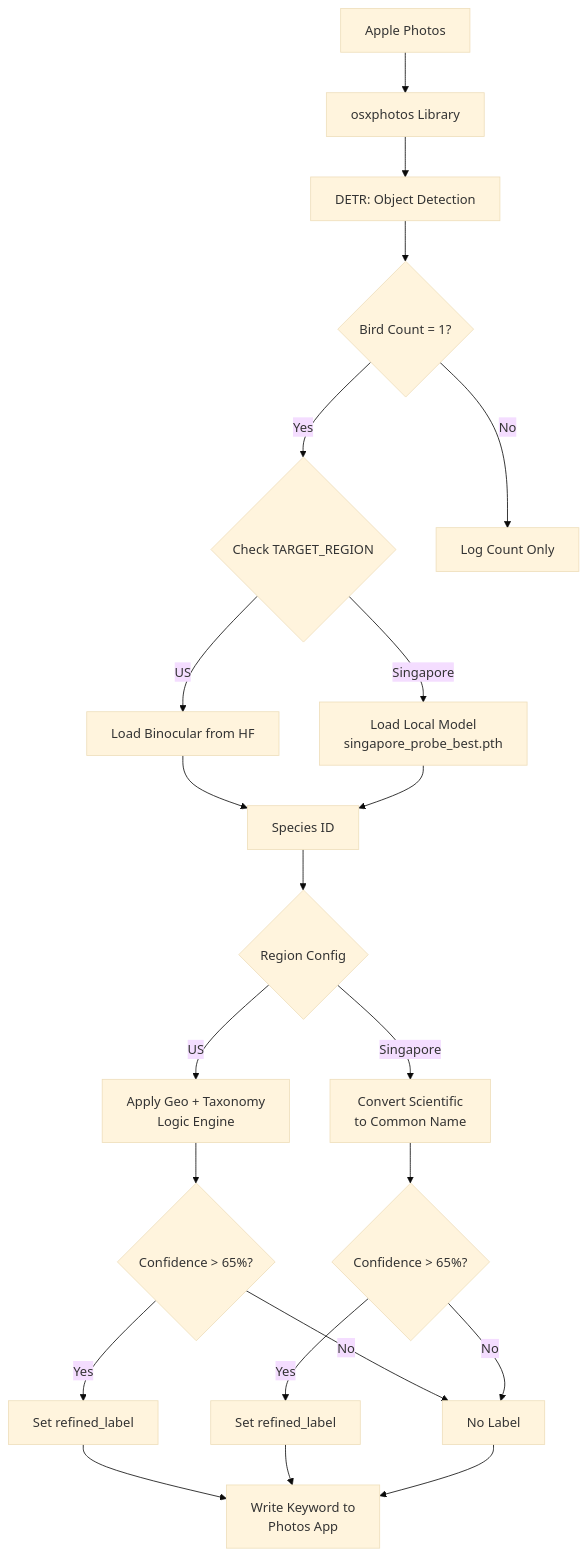
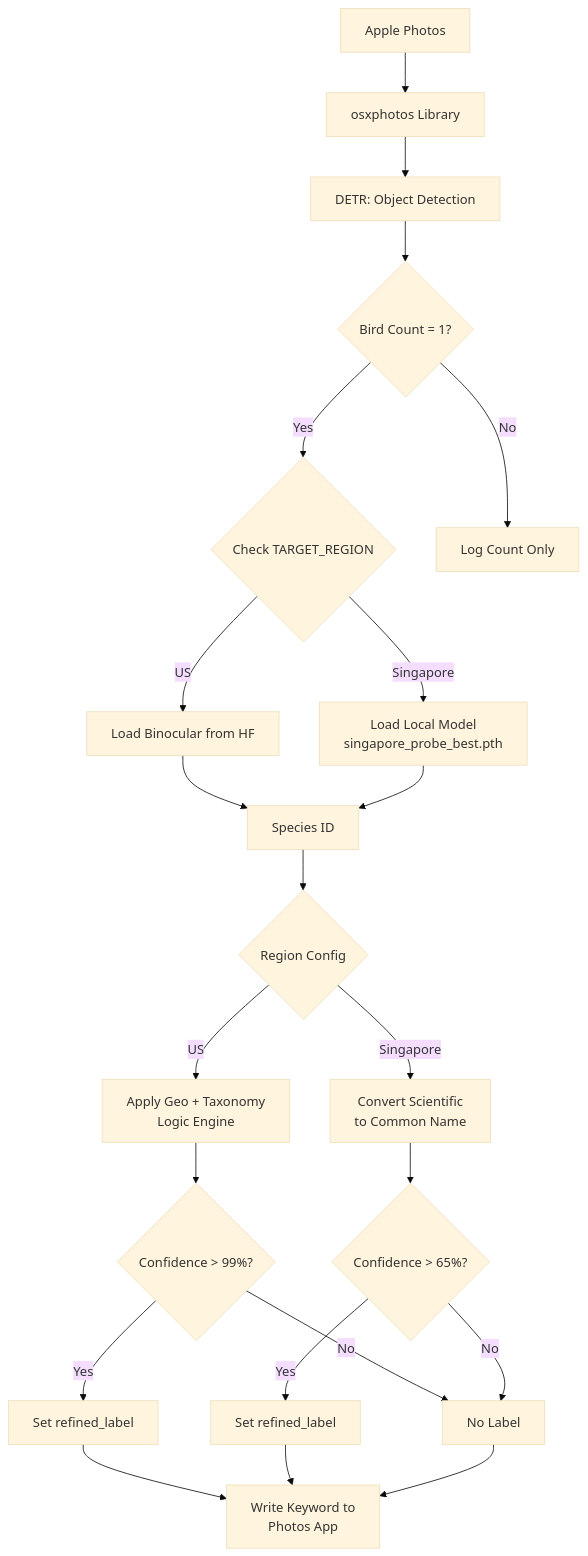
The diagram in README.md (subashini7/bird-intelligence), drawn with Mermaid (base theme) before and after one commit. The commit also changed other lines of this file and 5 other files, not shown here.

````diff
--- a/README.md
+++ b/README.md
@@ -39,24 +37,24 @@
 ```mermaid
 graph TD
     A[Apple Photos] --> B[osxphotos Library]
     B --> C[DETR: Object Detection]
     C --> D{Bird Count = 1?}
     D -- Yes --> E{Check TARGET_REGION}
     D -- No --> I[Log Count Only]
     E -- US --> F1[Load Binocular from HF]
     E -- Singapore --> F2[Load Local Model<br/>singapore_probe_best.pth]
     F1 --> G1[Species ID]
     F2 --> G1
     G1 --> H{Region Config}
     H -- US --> J1[Apply Geo + Taxonomy<br/>Logic Engine]
     H -- Singapore --> J2[Convert Scientific<br/>to Common Name]
-    J1 --> K1{Confidence > 65%?}
+    J1 --> K1{Confidence > 99%?}
     J2 --> K2{Confidence > 65%?}
     K1 -- Yes --> L1[Set refined_label]
     K2 -- Yes --> L2[Set refined_label]
     K1 -- No --> L3[No Label]
     K2 -- No --> L3
     L1 --> M[Write Keyword to<br/>Photos App]
     L2 --> M
     L3 --> M
 ```
````
